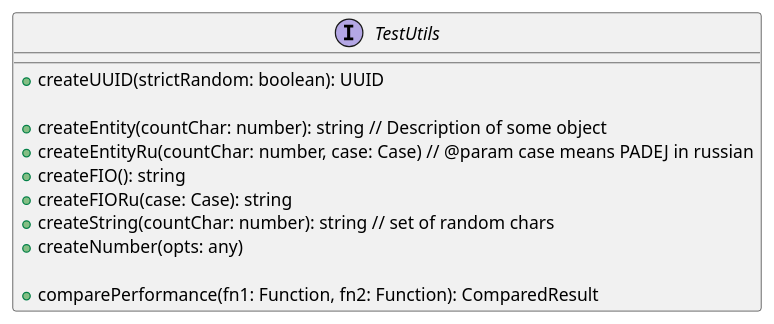
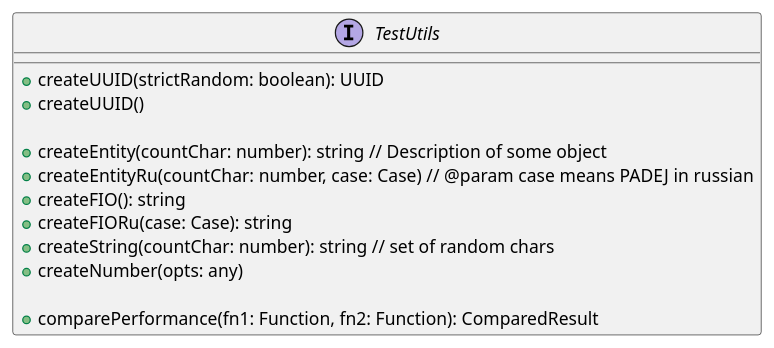
One commit to Lixonik/test-data-generator changed the diagram in puml_api/TestUtils.puml. Above: the diagram before and after it, drawn with PlantUML. The commit also changed 11 other files, not shown here.

```diff
--- a/puml_api/TestUtils.puml
+++ b/puml_api/TestUtils.puml
@@ -1,16 +1,17 @@
 @startuml
 interface TestUtils {
     +createUUID(strictRandom: boolean): UUID
+    +createUUID()
 
     +createEntity(countChar: number): string // Description of some object
     +createEntityRu(countChar: number, case: Case) // @param case means PADEJ in russian
     +createFIO(): string
     +createFIORu(case: Case): string
 
 
     +createString(countChar: number): string // set of random chars
     +createNumber(opts: any)
 
     +comparePerformance(fn1: Function, fn2: Function): ComparedResult
 }
 @enduml
```
